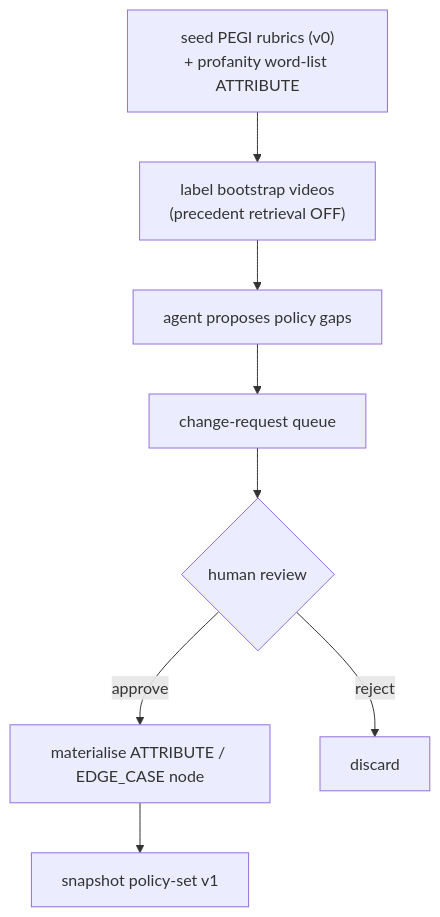
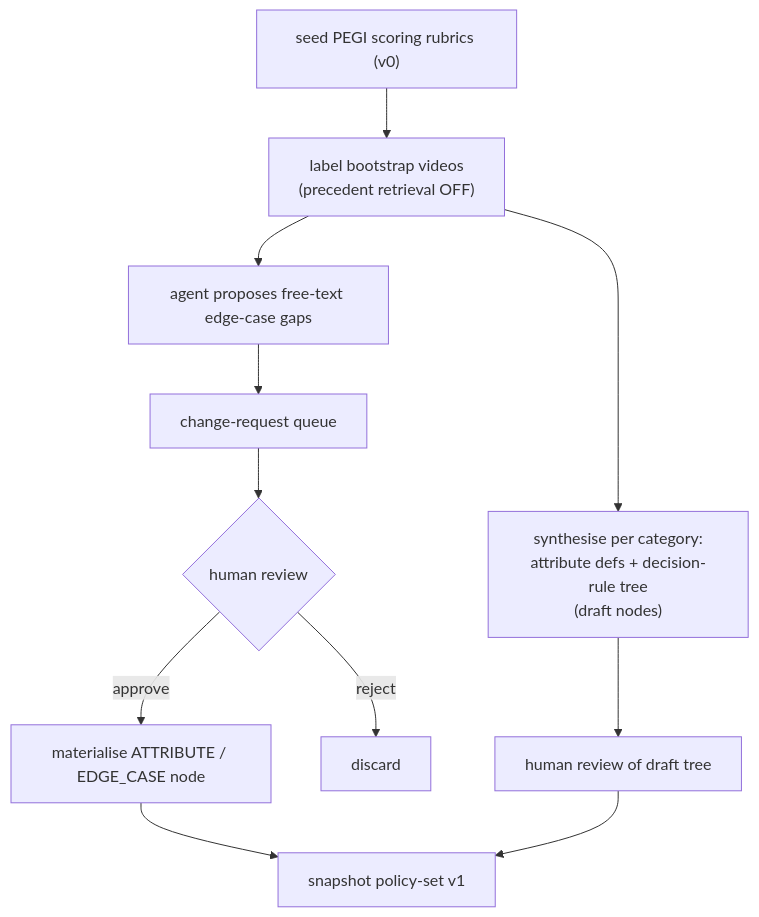
One commit to jhoowy/GV-Auto-Labelling-Agent changed the fifth of 5 diagrams in docs/ARCHITECTURE.md. Above: the diagram before and after it, drawn with Mermaid. The commit also changed other lines of this file and 5 other files, not shown here.

First line of the commit message:
Update docs to match the policy redesign (attribute-driven JUDGE, decision tree, provenance)

````diff
--- a/docs/ARCHITECTURE.md
+++ b/docs/ARCHITECTURE.md
@@ -191,10 +216,13 @@
 ```mermaid
 flowchart TB
-  SEED["seed PEGI rubrics (v0)<br/>+ profanity word-list ATTRIBUTE"] --> RUN
-  RUN["label bootstrap videos<br/>(precedent retrieval OFF)"] --> GAP["agent proposes policy gaps"]
+  SEED["seed PEGI scoring rubrics (v0)"] --> RUN["label bootstrap videos<br/>(precedent retrieval OFF)"]
+  RUN --> SYN["synthesise per category:<br/>attribute defs + decision-rule tree<br/>(draft nodes)"]
+  RUN --> GAP["agent proposes free-text edge-case gaps"]
   GAP --> Q["change-request queue"]
   Q --> REV{"human review"}
   REV -->|approve| MAT["materialise ATTRIBUTE / EDGE_CASE node"]
   REV -->|reject| X["discard"]
+  SYN --> HR["human review of draft tree"]
   MAT --> SNAP["snapshot policy-set v1"]
+  HR --> SNAP
 ```
````
